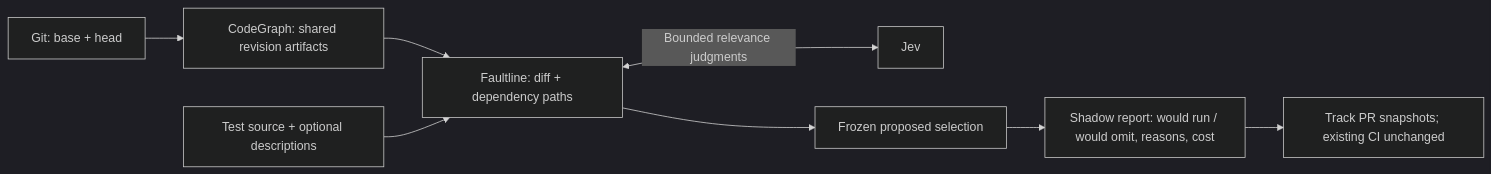
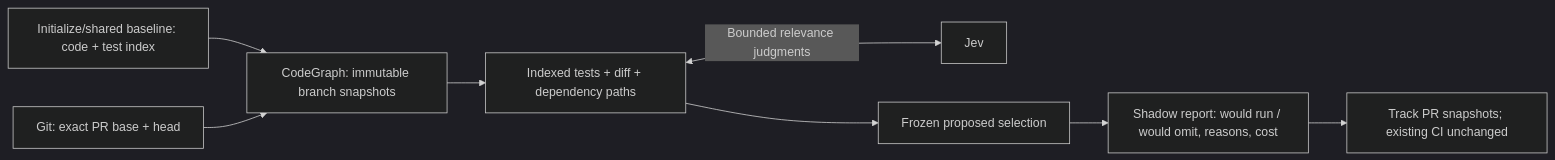
One commit to ronaldtebrake/faultline changed the diagram in README.md. Above: the diagram before and after it, drawn with Mermaid (dark theme). The commit also changed other lines of this file and 24 other files, not shown here.

Commit message:
Make graph snapshots the primary test index with shared baselines

````diff
--- a/README.md
+++ b/README.md
@@ -25,10 +25,10 @@
 ```mermaid
 flowchart LR
-    G["Git: base + head"] --> CGraph["CodeGraph: shared revision artifacts"]
-    CGraph --> F["Faultline: diff + dependency paths"]
-    T["Test source + optional descriptions"] --> F
+    B["Initialize/shared baseline: code + test index"] --> CGraph["CodeGraph: immutable branch snapshots"]
+    G["Git: exact PR base + head"] --> CGraph
+    CGraph --> F["Indexed tests + diff + dependency paths"]
     F <-->|"Bounded relevance judgments"| J["Jev"]
     F --> S["Frozen proposed selection"]
     S --> R["Shadow report: would run / would omit, reasons, cost"]
     R --> H["Track PR snapshots; existing CI unchanged"]
 ```
````
